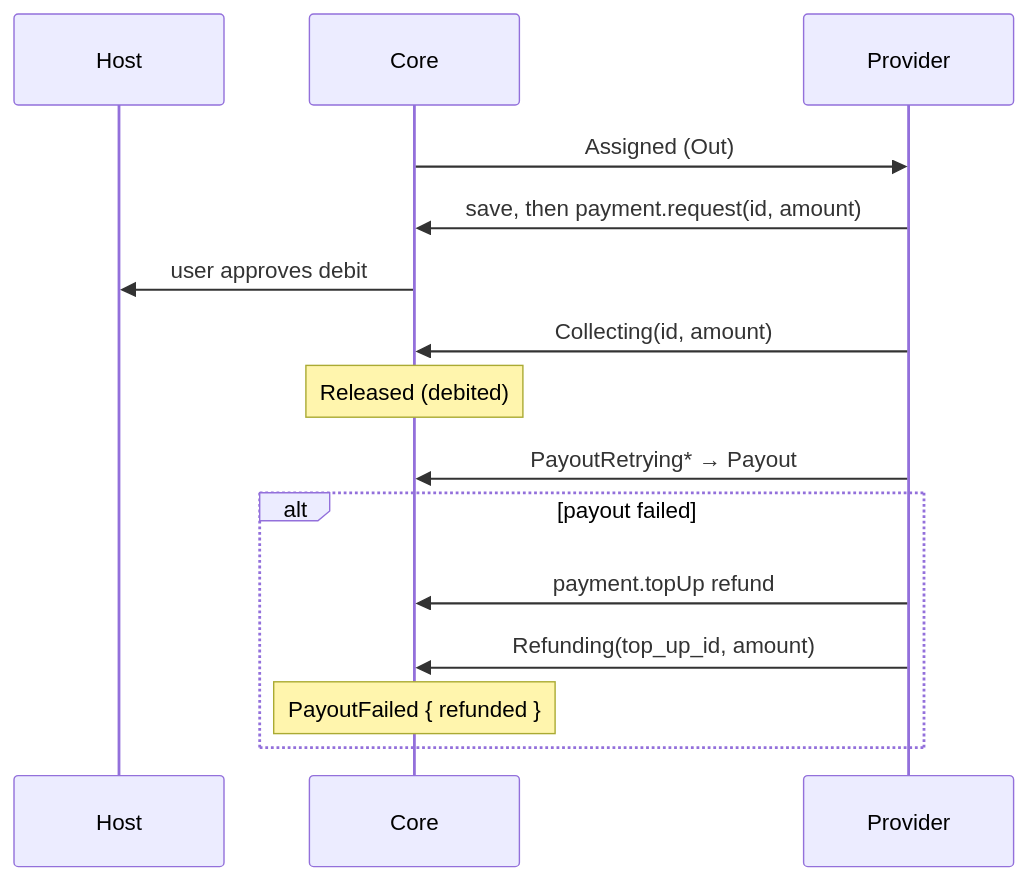
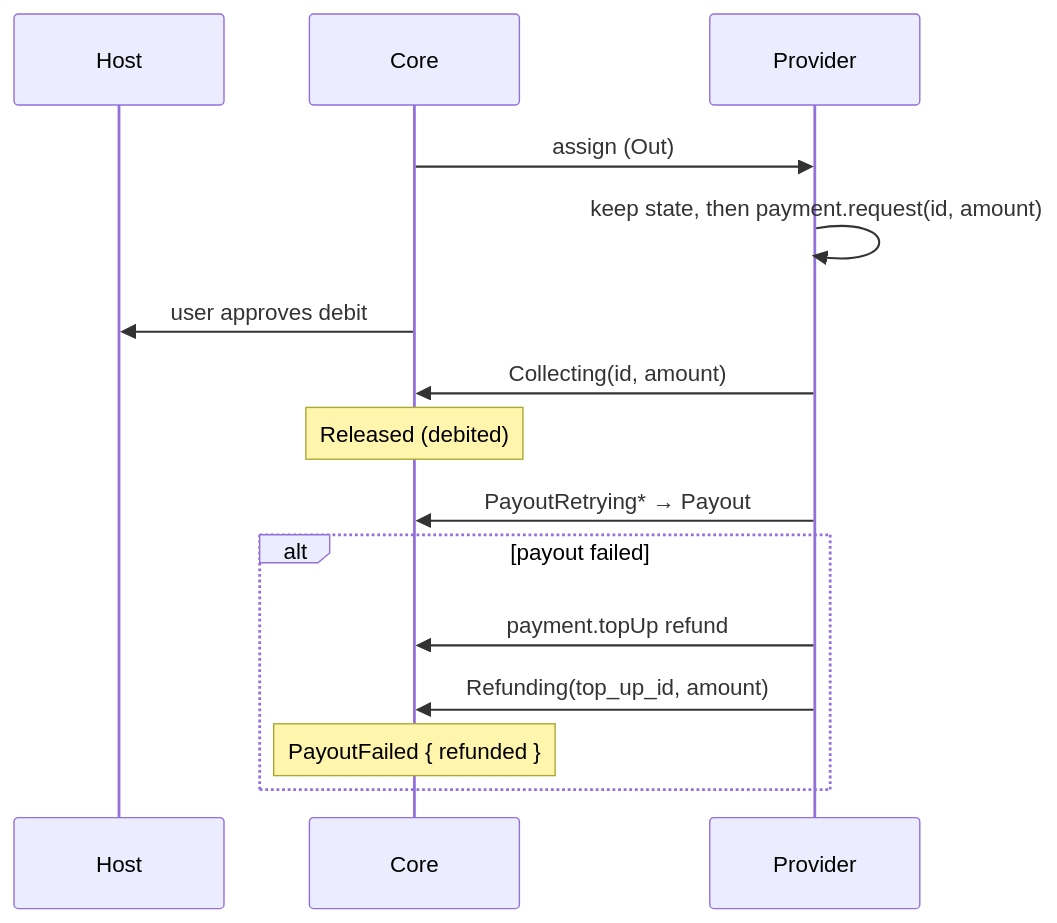
One commit to paritytech/trinity-user-agents changed the fourth of 8 diagrams in docs/design/funding-modality.md. Above: the diagram before and after it, drawn with Mermaid. The commit also changed other lines of this file, not shown here.

````diff
--- a/docs/design/funding-modality.md
+++ b/docs/design/funding-modality.md
@@ -107,17 +109,17 @@
 ```mermaid
 sequenceDiagram
   participant H as Host
   participant C as Core
   participant W as Provider
-  C->>W: Assigned (Out)
-  W->>C: save, then payment.request(id, amount)
+  C->>W: assign (Out)
+  W->>W: keep state, then payment.request(id, amount)
   C->>H: user approves debit
   W->>C: Collecting(id, amount)
   Note over C: Released (debited)
   W->>C: PayoutRetrying* → Payout
   alt payout failed
     W->>C: payment.topUp refund
     W->>C: Refunding(top_up_id, amount)
     Note over C: PayoutFailed { refunded }
   end
 ```
````
